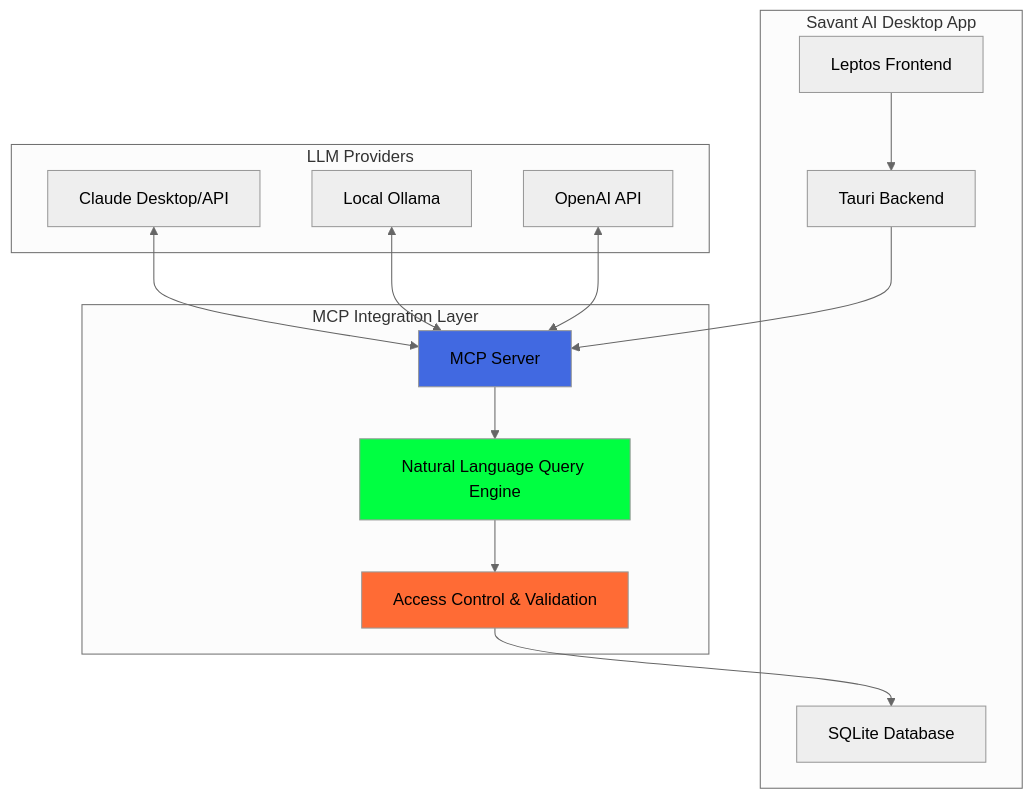
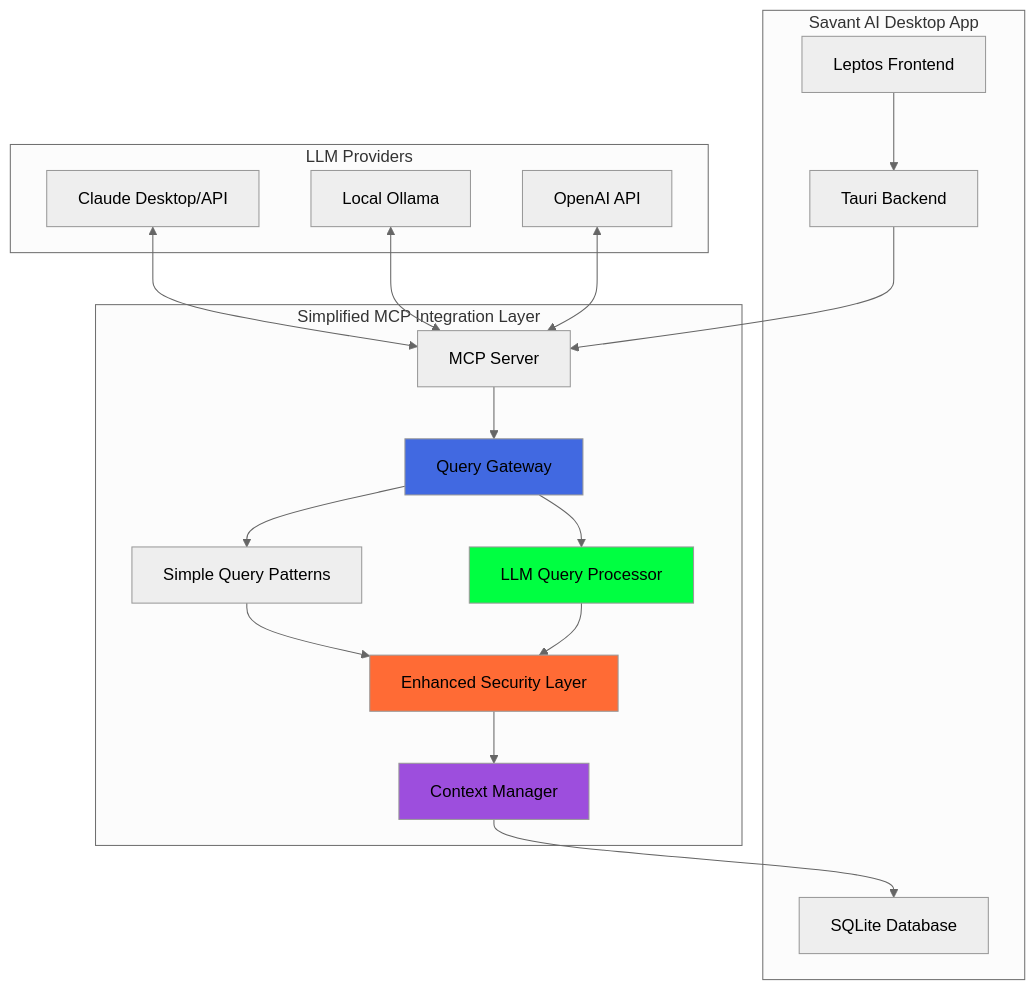
One commit to yeager620/savant-ai changed the diagram in docs/llm-database-integration-plan.md. Above: the diagram before and after it, drawn with Mermaid (neutral theme). The commit also changed other lines of this file and 4 other files, not shown here.

````diff
--- a/docs/llm-database-integration-plan.md
+++ b/docs/llm-database-integration-plan.md
@@ -21,34 +21,42 @@
 ```mermaid
 graph TB
     subgraph "Savant AI Desktop App"
         UI[Leptos Frontend]
         Backend[Tauri Backend]
         DB[SQLite Database]
     end
     
-    subgraph "MCP Integration Layer"
+    subgraph "Simplified MCP Integration Layer"
         MCPServer[MCP Server]
-        QueryEngine[Natural Language Query Engine]
-        SecurityLayer[Access Control & Validation]
+        QueryGateway[Query Gateway]
+        SimplePatterns[Simple Query Patterns]
+        LLMProcessor[LLM Query Processor]
+        SecurityLayer[Enhanced Security Layer]
+        ContextManager[Context Manager]
     end
     
     subgraph "LLM Providers"
         Claude[Claude Desktop/API]
         Ollama[Local Ollama]
         OpenAI[OpenAI API]
     end
     
     UI --> Backend
     Backend --> MCPServer
-    MCPServer --> QueryEngine
-    QueryEngine --> SecurityLayer
-    SecurityLayer --> DB
+    MCPServer --> QueryGateway
+    QueryGateway --> SimplePatterns
+    QueryGateway --> LLMProcessor
+    SimplePatterns --> SecurityLayer
+    LLMProcessor --> SecurityLayer
+    SecurityLayer --> ContextManager
+    ContextManager --> DB
     
     Claude <--> MCPServer
     Ollama <--> MCPServer
     OpenAI <--> MCPServer
     
-    style MCPServer fill:#4169e1
-    style QueryEngine fill:#00ff41
+    style QueryGateway fill:#4169e1
+    style LLMProcessor fill:#00ff41
     style SecurityLayer fill:#ff6b35
+    style ContextManager fill:#9d4edd
 ```
````
